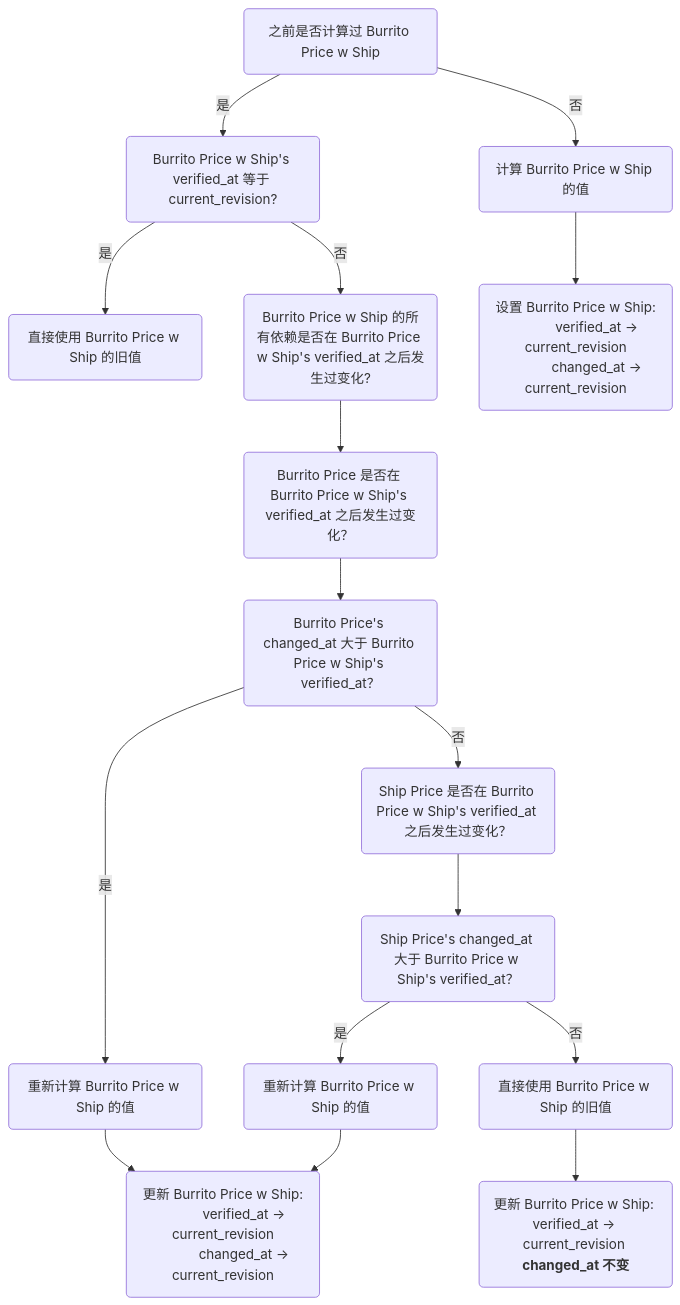
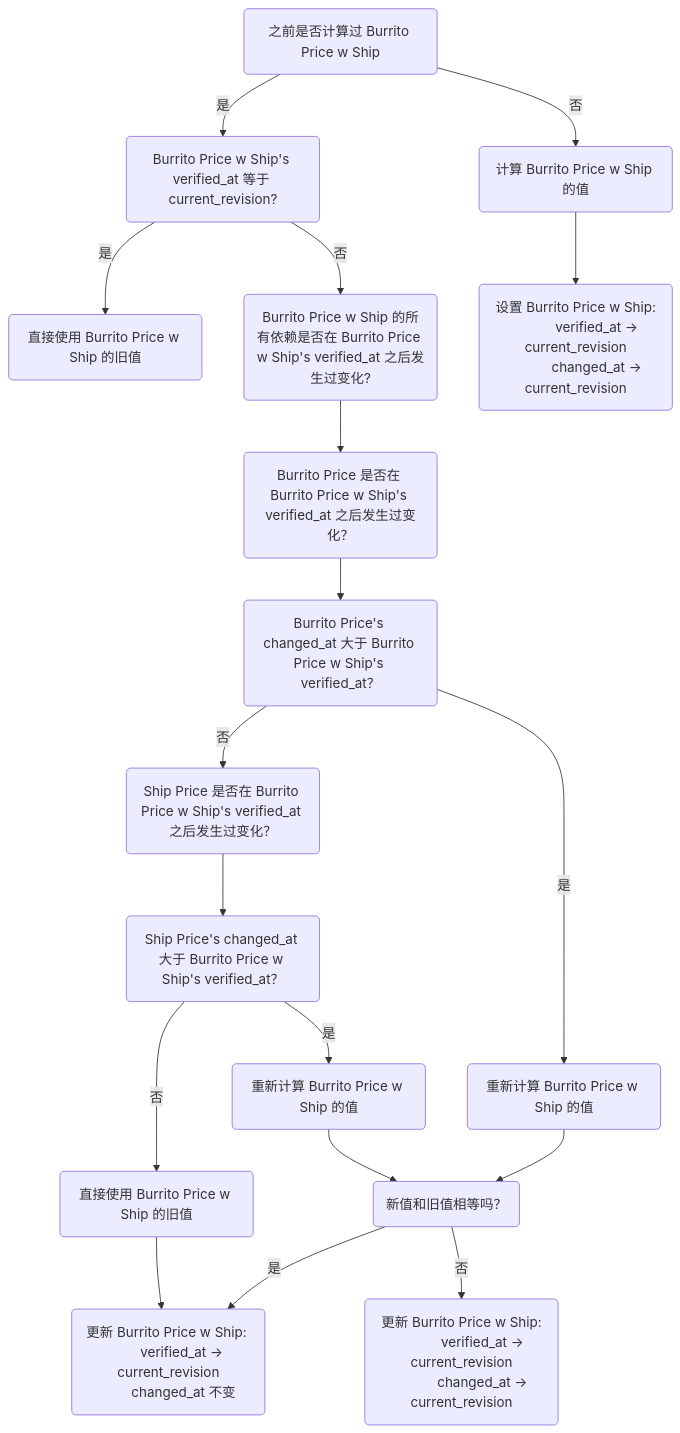
Before and after one commit to xffxff/xffxff.github.io: the fourth of 6 diagrams in posts/how_salsa_works.md, drawn with Mermaid.

````diff
--- a/posts/how_salsa_works.md
+++ b/posts/how_salsa_works.md
@@ -106,28 +106,35 @@
 ```mermaid
 graph TD
     A("之前是否计算过 Burrito Price w Ship")
     A --> |是| B("Burrito Price w Ship's verified_at 等于 current_revision?")
     A --> |否| E("计算 Burrito Price w Ship 的值")
     B --> |是| C("直接使用 Burrito Price w Ship 的旧值")
 
     B --> |否| D("Burrito Price w Ship 的所有依赖是否在 Burrito Price w Ship's verified_at 之后发生过变化?")
     F("Burrito Price 是否在 Burrito Price w Ship's verified_at 之后发生过变化？")
     D --> F
     G("Burrito Price's changed_at 大于 Burrito Price w Ship's verified_at？")
     F --> G
     G --> |是| L("重新计算 Burrito Price w Ship 的值")
     G --> |否| H("Ship Price 是否在 Burrito Price w Ship's verified_at 之后发生过变化？")
     H --> I("Ship Price's changed_at 大于 Burrito Price w Ship's verified_at？")
     I --> |是| J("重新计算 Burrito Price w Ship 的值")
     I --> |否| K("直接使用 Burrito Price w Ship 的旧值")
-    K --> M("`更新 Burrito Price w Ship: verified_at -> current_revision **changed_at 不变**`")
+    K --> M("更新 Burrito Price w Ship: 
+        verified_at -> current_revision
+        changed_at 不变")
+    P("新值和旧值相等吗？")
+    J --> P
+    L --> P
     N("更新 Burrito Price w Ship:
             verified_at -> current_revision
             changed_at -> current_revision")
-    J --> N
-    L --> N
+    
     O("设置 Burrito Price w Ship:
             verified_at -> current_revision
             changed_at -> current_revision")
     E --> O
+
+    P --> |是| M
+    P --> |否| N
 ```
````
